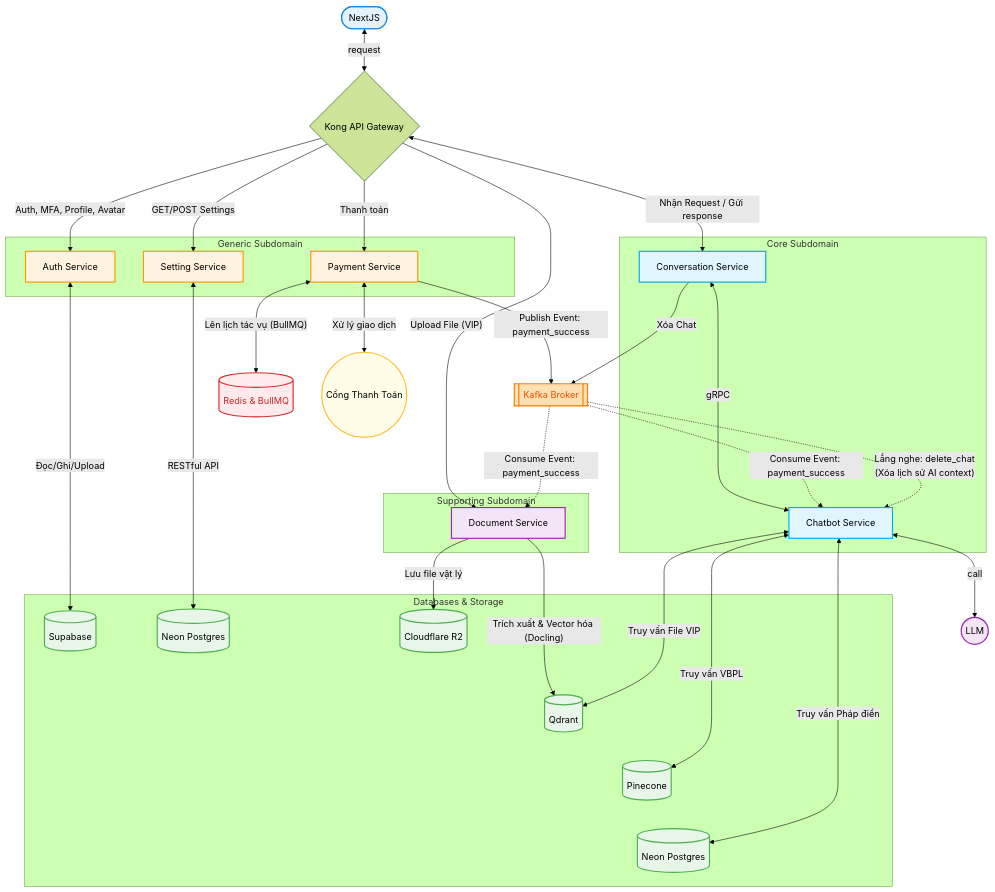
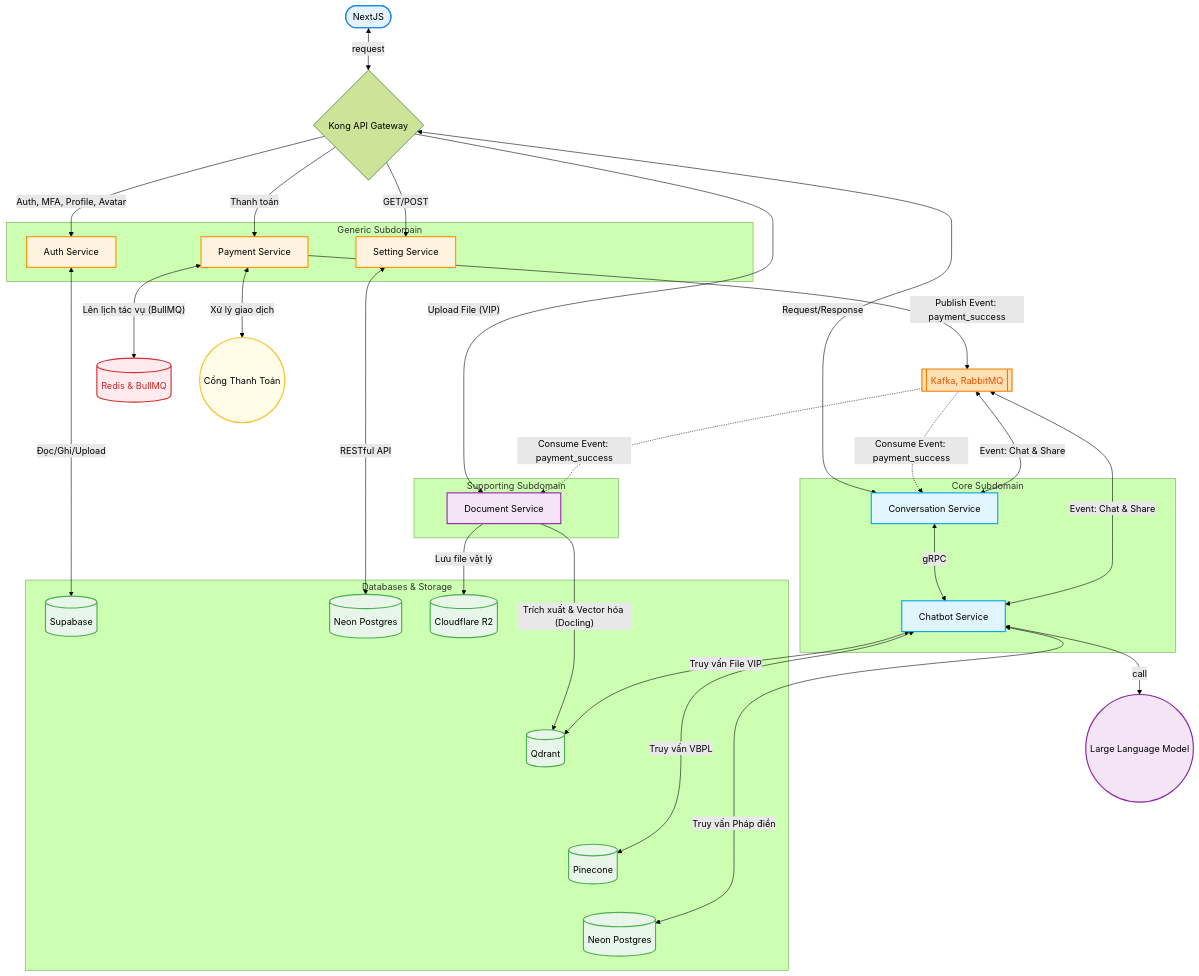
One commit to 20206205Tech/docs-markdown changed the diagram in docs/2. Công nghệ sử dụng/3.3. Chi tiết về các dịch vụ/0.mmd. Above: the diagram before and after it, drawn with Mermaid (forest theme). The commit also changed 8 other files, not shown here.

```diff
--- a/docs/2. Công nghệ sử dụng/3.3. Chi tiết về các dịch vụ/0.mmd
+++ b/docs/2. Công nghệ sử dụng/3.3. Chi tiết về các dịch vụ/0.mmd
@@ -1,91 +1,83 @@
 flowchart TD
     Client(["NextJS"])
     Gateway{"Kong API Gateway"}
     Client <-->|"request"| Gateway
 
-    %% Nhóm Database & Storage
     subgraph Databases [Databases & Storage]
         SupabaseDB[("Supabase")]
         NeonDB_Setting[("Neon Postgres")]
         Pinecone[("Pinecone")]
         Qdrant[("Qdrant")]
         NeonDB_Phapdien[("Neon Postgres")]
         R2[("Cloudflare R2")]
 
-        %% Dùng liên kết vô hình để ép thứ tự từ trái sang phải
         R2 ~~~ Qdrant ~~~ Pinecone ~~~ NeonDB_Phapdien
     end
 
-    %% Nhóm Message Broker & Cache
-        Kafka[["Kafka Broker"]]
-        Redis[("Redis & BullMQ")]
+    Broker[["Kafka, RabbitMQ"]]
+    Redis[("Redis & BullMQ")]
 
     subgraph CoreDomain [Core Subdomain]
         ConvService["Conversation Service"]
         ChatbotService["Chatbot Service"]
     end
 
     subgraph SupportDomain [Supporting Subdomain]
         DocService["Document Service"]
     end
 
     subgraph GenericDomain [Generic Subdomain]
         AuthService["Auth Service"]
         SettingService["Setting Service"]
         PaymentSvc["Payment Service"]
     end
 
-    %% External Systems
-    LLM(("LLM"))
+
+
+    LLM(("Large Language Model"))
     Payment(("Cổng Thanh Toán"))
 
     Gateway -->|"Auth, MFA, Profile, Avatar"| AuthService
-    Gateway -->|"GET/POST Settings"| SettingService
+    Gateway -->|"GET/POST"| SettingService
     Gateway -->|"Thanh toán"| PaymentSvc
     Gateway -->|"Upload File (VIP)"| DocService
-    Gateway <-->|"Nhận Request / Gửi response"| ConvService
+    Gateway <-->|"Request/Response"| ConvService
 
-    %% Service to Database/Storage
     AuthService <-->|"Đọc/Ghi/Upload"| SupabaseDB
     SettingService <-->|"RESTful API"| NeonDB_Setting
 
-    %% Payment Luồng
     PaymentSvc <-->|"Xử lý giao dịch"| Payment
-    PaymentSvc -->|"Publish Event: payment_success"| Kafka
+    PaymentSvc -->|"Publish Event: payment_success"| Broker
     PaymentSvc <-->|"Lên lịch tác vụ (BullMQ)"| Redis
 
-    %% Document Processing Luồng
+    ChatbotService <-->|"Event: Chat & Share"| Broker
+    ConvService <-->|"Event: Chat & Share"| Broker
+
     DocService -->|"Lưu file vật lý"| R2
     DocService -->|"Trích xuất & Vector hóa (Docling)"| Qdrant
 
-    %% Conversation & Chatbot Luồng (Quan trọng)
     ConvService <-->|"gRPC"| ChatbotService
-    ConvService -->|"Xóa Chat"| Kafka
 
     ChatbotService <-->|"Truy vấn VBPL"| Pinecone
     ChatbotService <-->|"Truy vấn Pháp điển"| NeonDB_Phapdien
     ChatbotService <-->|"Truy vấn File VIP"| Qdrant
     ChatbotService <-->|"call"| LLM
 
-    %% --- LUỒNG CONSUMER NHẬN EVENT TỪ KAFKA ---
-    Kafka -.->|"Consume Event: payment_success"| DocService
-    Kafka -.->|"Consume Event: payment_success"| ChatbotService
-    Kafka -.->|"Lắng nghe: delete_chat\n(Xóa lịch sử AI context)"| ChatbotService
+    Broker -.->|"Consume Event: payment_success"| DocService
+    Broker -.->|"Consume Event: payment_success"| ConvService
 
-    %% Style Định dạng màu sắc chung
     classDef core fill:#e1f5fe,stroke:#03a9f4,stroke-width:2px,color:#000
     classDef support fill:#f3e5f5,stroke:#9c27b0,stroke-width:2px,color:#000
     classDef generic fill:#fff3e0,stroke:#ff9800,stroke-width:2px,color:#000
     classDef db fill:#e8f5e9,stroke:#4caf50,stroke-width:2px,color:#000
 
     class ConvService,ChatbotService core
     class DocService support
     class AuthService,SettingService,PaymentSvc generic
     class SupabaseDB,NeonDB_Setting,NeonDB_Phapdien,Pinecone,Qdrant,R2 db
 
-    %% --- TÔ MÀU ĐỘC LẬP THEO YÊU CẦU ---
     style Redis fill:#ffebee,stroke:#d32f2f,stroke-width:2px,color:#c62828
-    style Kafka fill:#ffe0b2,stroke:#f57c00,stroke-width:2px,color:#e65100
+    style Broker fill:#ffe0b2,stroke:#f57c00,stroke-width:2px,color:#e65100
     style Payment fill:#fffde7,stroke:#fbc02d,stroke-width:2px,color:#000
     style Client fill:#e3f2fd,stroke:#1e88e5,stroke-width:2px,color:#000
     style LLM fill:#f3e5f5,stroke:#8e24aa,stroke-width:2px,color:#000
```
